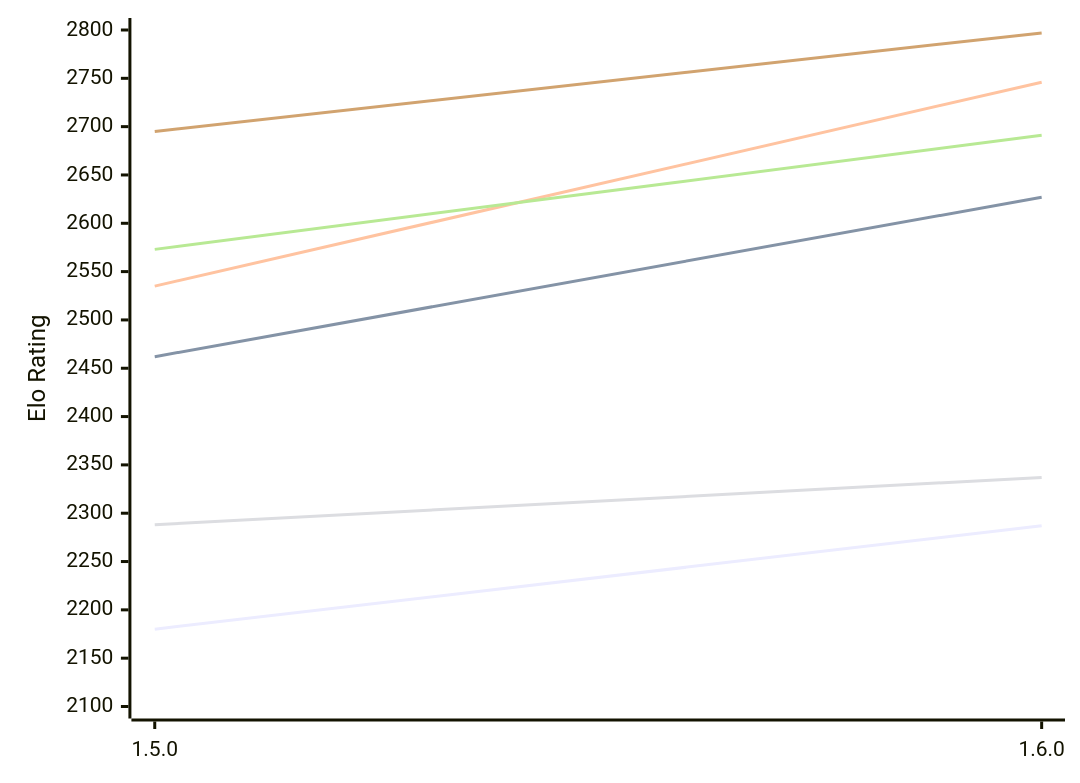
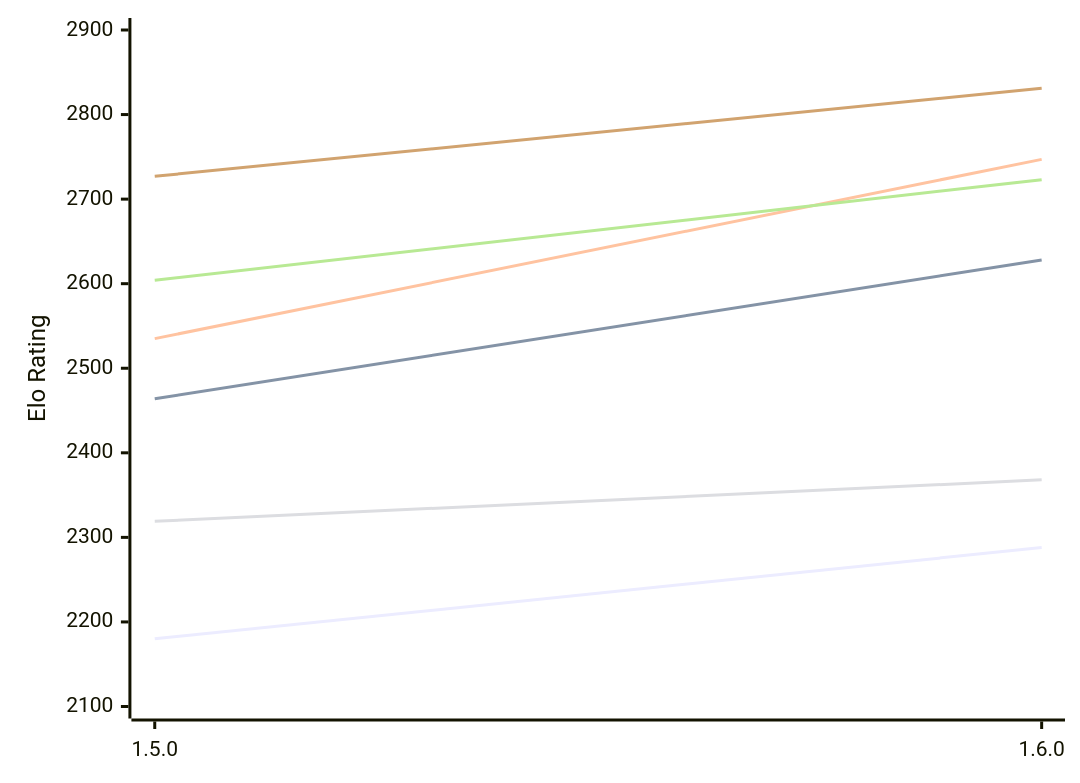
Before and after one commit to computer-chess-index/cci: the first of 2 diagrams in engines/Tofiks.md, drawn with Mermaid. The commit also changed other lines of this file, not shown here.

Commit message:
Update CCI Ratings (ELO VLTC) - 2026-11-05

````diff
--- a/engines/Tofiks.md
+++ b/engines/Tofiks.md
@@ -51,12 +51,12 @@
 ```mermaid
 %%{init: {"theme":"base","themeVariables":{"seriesColors:['#a3a3a3','#222221','#faa371']}}}%%
 xychart-beta
   x-axis ["1.5.0", "1.6.0"]
-  y-axis "Elo Rating" 2100 --> 2800
-  line "E1: STC (8.0+0.08s)" [2180, 2287]
-  line "E1: LTC (60.0+0.60s)" [2462, 2627]
-  line "E1: VLTC (2m24s+1.12s)" [2535, 2746]
-  line "P1: STC (8.0+0.08s)" [2288, 2337]
-  line "P1: LTC (60.0+0.60s)" [2573, 2691]
-  line "P1: VLTC (2m24s+1.12s)" [2695, 2797]
+  y-axis "Elo Rating" 2100 --> 2900
+  line "E1: STC (8.0+0.08s)" [2180, 2288]
+  line "E1: LTC (60.0+0.60s)" [2464, 2628]
+  line "E1: VLTC (2m24s+1.12s)" [2535, 2747]
+  line "P1: STC (8.0+0.08s)" [2319, 2368]
+  line "P1: LTC (60.0+0.60s)" [2604, 2723]
+  line "P1: VLTC (2m24s+1.12s)" [2727, 2831]
 ```
````
